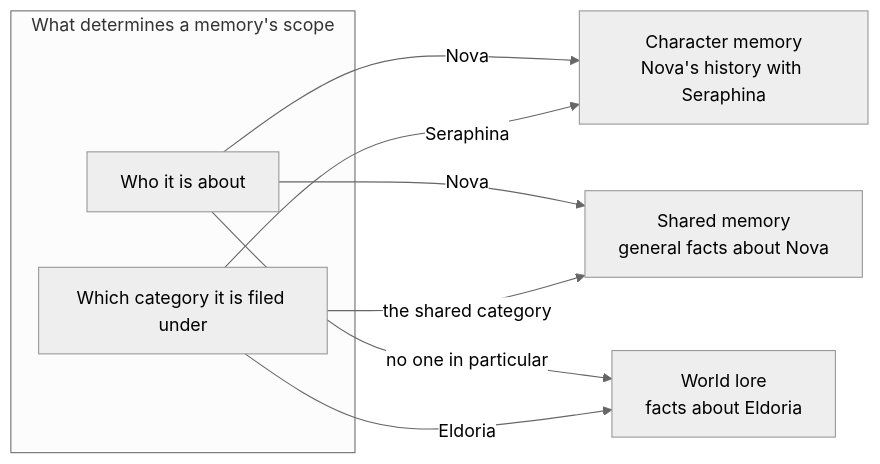
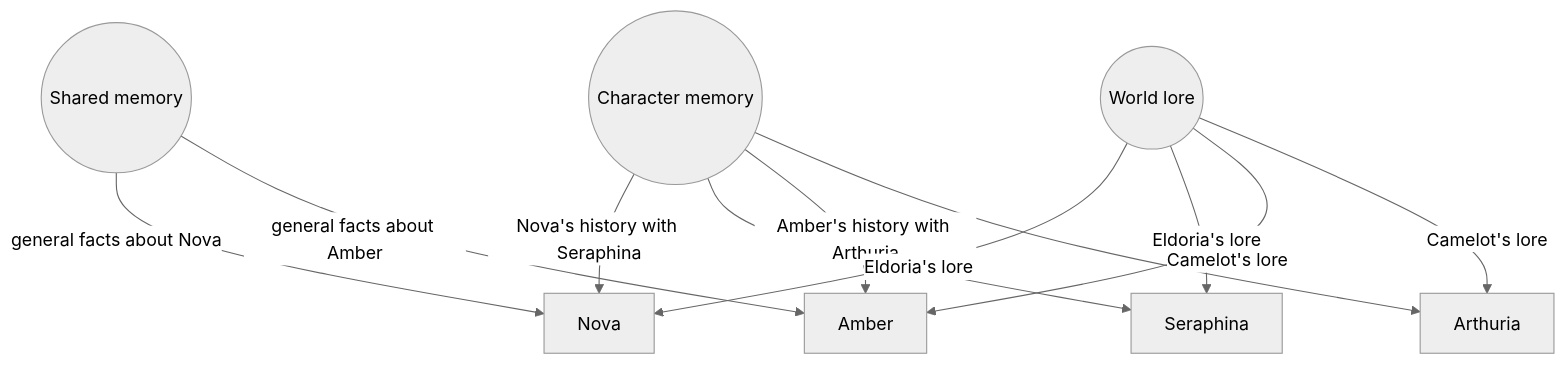
One commit to chuyaowang/local-sillytavern-with-memory changed the first of 3 diagrams in docs/wiki/Memory-System.md. Above: the diagram before and after it, drawn with Mermaid (neutral theme). The commit also changed other lines of this file, not shown here.

Commit message:
docs: fix a misleading character-memory example
"Seraphina's favorite color is silver" implied a fixed character trait
that should stay consistent no matter who talks to her -- but character
memory is scoped by user and character together, so nothing actually
enforces that. A different conversation (say, with Amber) could produce
a contradictory fact under its own separate scope, and nothing would
catch it. Replaced with a genuinely relationship-specific example
("Seraphina promised to protect Nova through the night"), which was
never meant to generalize across users in the first place.

````diff
--- a/docs/wiki/Memory-System.md
+++ b/docs/wiki/Memory-System.md
@@ -17,16 +17,24 @@
 ```mermaid
-flowchart LR
-    subgraph dims["What determines a memory's scope"]
-        who["Who it is about"]
-        cat["Which category it is filed under"]
-    end
+flowchart TD
+    char(("Character memory"))
+    shared(("Shared memory"))
+    world(("World lore"))
 
-    who -->|"Nova"| char["Character memory<br/>Nova's history with Seraphina"]
-    cat -->|"Seraphina"| char
+    nova["Nova"]
+    seraphina["Seraphina"]
+    amber["Amber"]
+    arthuria["Arthuria"]
 
-    who -->|"Nova"| shared["Shared memory<br/>general facts about Nova"]
-    cat -->|"the shared category"| shared
+    char -->|"Nova's history with Seraphina"| nova
+    char --> seraphina
+    char -->|"Amber's history with Arthuria"| amber
+    char --> arthuria
 
-    who -->|"no one in particular"| world["World lore<br/>facts about Eldoria"]
-    cat -->|"Eldoria"| world
+    shared -->|"general facts about Nova"| nova
+    shared -->|"general facts about Amber"| amber
+
+    world -->|"Eldoria's lore"| nova
+    world -->|"Eldoria's lore"| seraphina
+    world -->|"Camelot's lore"| amber
+    world -->|"Camelot's lore"| arthuria
 ```
````
